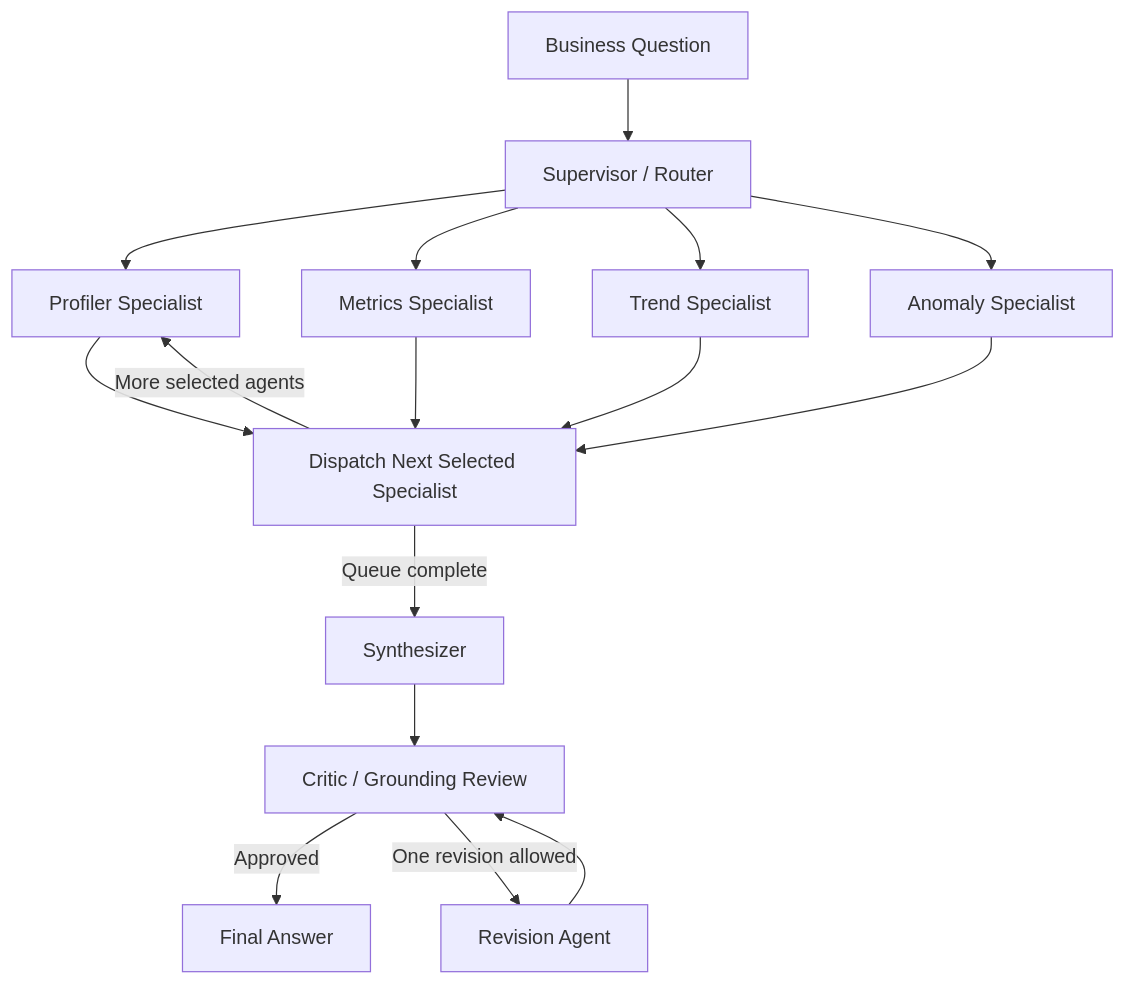
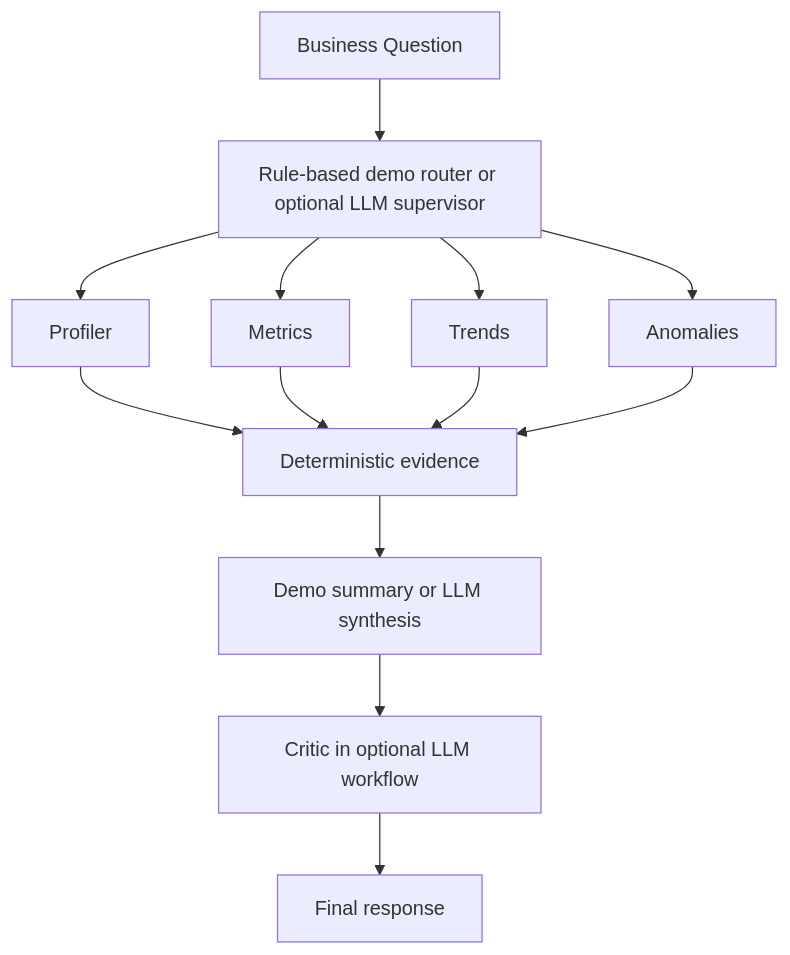
One commit to parshvi-gupta/enterprise-analytics-agent changed the diagram in README.md. Above: the diagram before and after it, drawn with Mermaid. The commit also changed other lines of this file, not shown here.

Commit message:
Document credential-free demo and optional LLM

````diff
--- a/README.md
+++ b/README.md
@@ -7,18 +11,15 @@
 ```mermaid
 flowchart TD
-    U[Business Question] --> S[Supervisor / Router]
-    S --> P[Profiler Specialist]
-    S --> M[Metrics Specialist]
-    S --> T[Trend Specialist]
-    S --> A[Anomaly Specialist]
-    P --> D[Dispatch Next Selected Specialist]
-    M --> D
-    T --> D
-    A --> D
-    D -->|More selected agents| P
-    D -->|Queue complete| Y[Synthesizer]
-    Y --> C[Critic / Grounding Review]
-    C -->|Approved| F[Final Answer]
-    C -->|One revision allowed| R[Revision Agent]
-    R --> C
+    U[Business Question] --> R[Rule-based demo router or optional LLM supervisor]
+    R --> P[Profiler]
+    R --> M[Metrics]
+    R --> T[Trends]
+    R --> A[Anomalies]
+    P --> E[Deterministic evidence]
+    M --> E
+    T --> E
+    A --> E
+    E --> S[Demo summary or LLM synthesis]
+    S --> C[Critic in optional LLM workflow]
+    C --> F[Final response]
 ```
````
